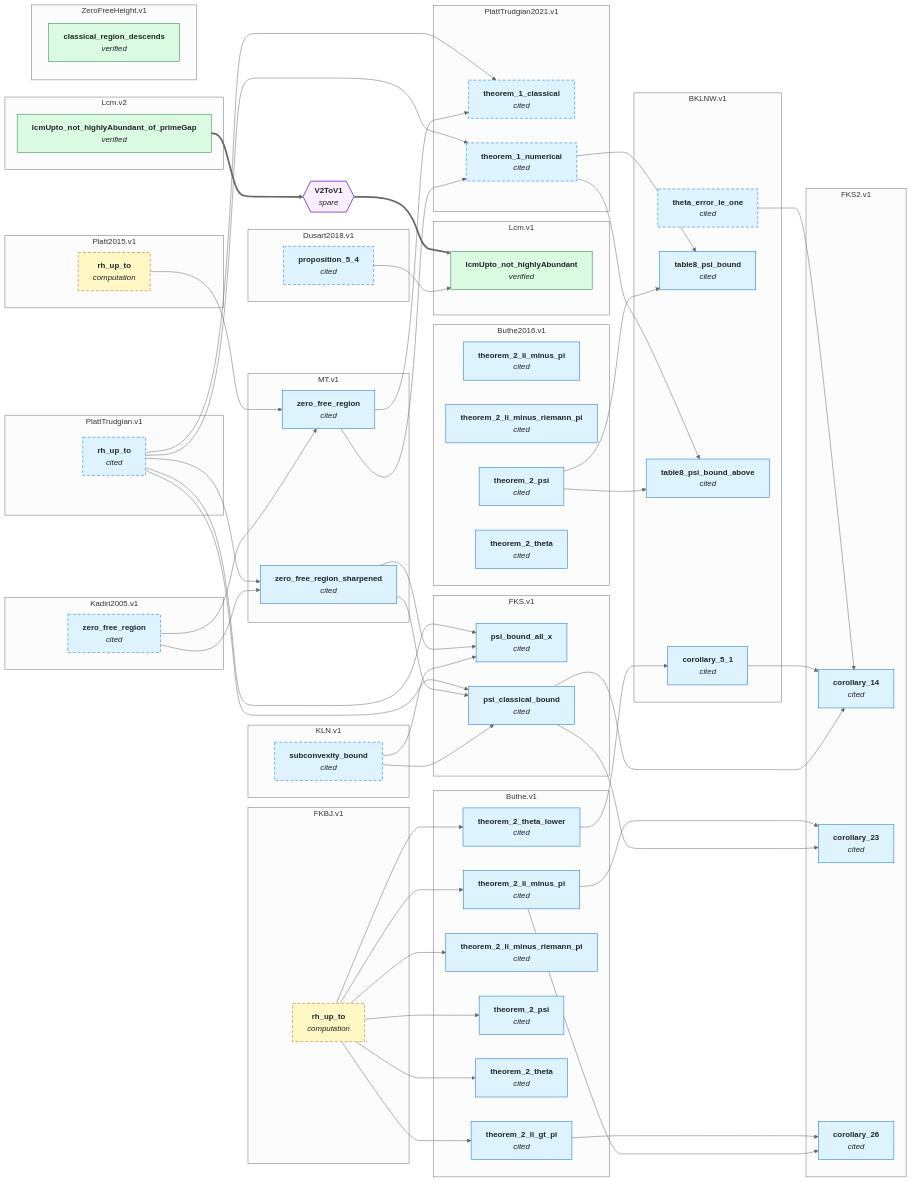
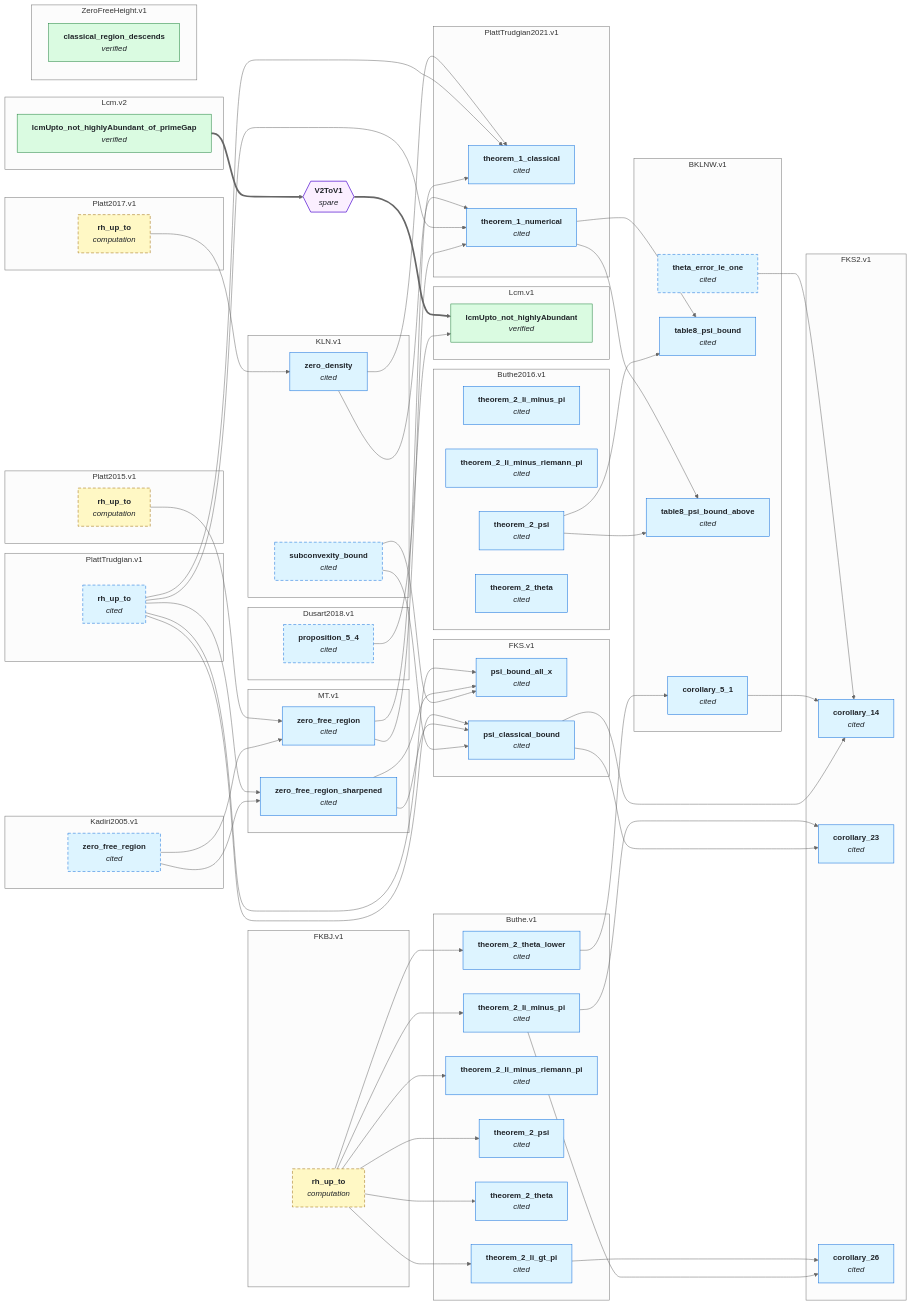
One commit to teorth/IEANTN changed the second of 2 diagrams in GRAPH.md. Above: the diagram before and after it, drawn with Mermaid (neutral theme). The commit also changed other lines of this file and 15 other files, not shown here.

First line of the commit message:
KLN: state the zero-density estimate, and give its height a first-hand node

```diff
--- a/GRAPH.md
+++ b/GRAPH.md
@@ -154,6 +158,7 @@
   end
   subgraph sgKLN_v1["KLN.v1"]
     KLN_v1_subconvexity_bound["<b>subconvexity_bound</b><br/><i>cited</i>"]
+    KLN_v1_zero_density["<b>zero_density</b><br/><i>cited</i>"]
   end
   subgraph sgKadiri2005_v1["Kadiri2005.v1"]
     Kadiri2005_v1_zero_free_region["<b>zero_free_region</b><br/><i>cited</i>"]
@@ -170,6 +175,9 @@
   end
   subgraph sgPlatt2015_v1["Platt2015.v1"]
     Platt2015_v1_rh_up_to["<b>rh_up_to</b><br/><i>computation</i>"]
+  end
+  subgraph sgPlatt2017_v1["Platt2017.v1"]
+    Platt2017_v1_rh_up_to["<b>rh_up_to</b><br/><i>computation</i>"]
   end
   subgraph sgPlattTrudgian_v1["PlattTrudgian.v1"]
     PlattTrudgian_v1_rh_up_to["<b>rh_up_to</b><br/><i>cited</i>"]
@@ -205,6 +213,7 @@
   Buthe_v1_theorem_2_li_minus_pi --> FKS2_v1_corollary_23
   Buthe_v1_theorem_2_li_minus_pi --> FKS2_v1_corollary_26
   Buthe_v1_theorem_2_li_gt_pi --> FKS2_v1_corollary_26
+  Platt2017_v1_rh_up_to --> KLN_v1_zero_density
   Dusart2018_v1_proposition_5_4 --> Lcm_v1_lcmUpto_not_highlyAbundant
   Kadiri2005_v1_zero_free_region --> MT_v1_zero_free_region
   Platt2015_v1_rh_up_to --> MT_v1_zero_free_region
@@ -212,8 +221,10 @@
   PlattTrudgian_v1_rh_up_to --> MT_v1_zero_free_region_sharpened
   MT_v1_zero_free_region --> PlattTrudgian2021_v1_theorem_1_classical
   PlattTrudgian_v1_rh_up_to --> PlattTrudgian2021_v1_theorem_1_classical
+  KLN_v1_zero_density --> PlattTrudgian2021_v1_theorem_1_classical
   MT_v1_zero_free_region --> PlattTrudgian2021_v1_theorem_1_numerical
   PlattTrudgian_v1_rh_up_to --> PlattTrudgian2021_v1_theorem_1_numerical
+  KLN_v1_zero_density --> PlattTrudgian2021_v1_theorem_1_numerical
   BRLcm_v1_lcmUpto_not_highlyAbundant__bridge_from_v2{{"<b>V2ToV1</b><br/><i>spare</i>"}}
   Lcm_v2_lcmUpto_not_highlyAbundant_of_primeGap ==> BRLcm_v1_lcmUpto_not_highlyAbundant__bridge_from_v2
   BRLcm_v1_lcmUpto_not_highlyAbundant__bridge_from_v2 ==> Lcm_v1_lcmUpto_not_highlyAbundant
@@ -223,9 +234,8 @@
   style KLN_v1_subconvexity_bound stroke-dasharray: 6 4;
   style Kadiri2005_v1_zero_free_region stroke-dasharray: 6 4;
   style Platt2015_v1_rh_up_to stroke-dasharray: 6 4;
+  style Platt2017_v1_rh_up_to stroke-dasharray: 6 4;
   style PlattTrudgian_v1_rh_up_to stroke-dasharray: 6 4;
-  style PlattTrudgian2021_v1_theorem_1_classical stroke-dasharray: 6 4;
-  style PlattTrudgian2021_v1_theorem_1_numerical stroke-dasharray: 6 4;
   classDef lean_comparator fill:#dafbe1,stroke:#1a7f37,color:#1f2328;
   classDef numerical fill:#fff8c5,stroke:#9a6700,color:#1f2328;
   classDef literature fill:#ddf4ff,stroke:#0969da,color:#1f2328;
@@ -235,8 +245,8 @@
   classDef bridge fill:#fbefff,stroke:#8250df,color:#1f2328,stroke-width:2px;
   class BRLcm_v1_lcmUpto_not_highlyAbundant__bridge_from_v2 bridge;
   class Lcm_v1_lcmUpto_not_highlyAbundant,Lcm_v2_lcmUpto_not_highlyAbundant_of_primeGap,ZeroFreeHeight_v1_classical_region_descends lean_comparator;
-  class BKLNW_v1_corollary_5_1,BKLNW_v1_table8_psi_bound,BKLNW_v1_table8_psi_bound_above,BKLNW_v1_theta_error_le_one,Buthe_v1_theorem_2_li_gt_pi,Buthe_v1_theorem_2_li_minus_pi,Buthe_v1_theorem_2_li_minus_riemann_pi,Buthe_v1_theorem_2_psi,Buthe_v1_theorem_2_theta,Buthe_v1_theorem_2_theta_lower,Buthe2016_v1_theorem_2_li_minus_pi,Buthe2016_v1_theorem_2_li_minus_riemann_pi,Buthe2016_v1_theorem_2_psi,Buthe2016_v1_theorem_2_theta,Dusart2018_v1_proposition_5_4,FKS_v1_psi_bound_all_x,FKS_v1_psi_classical_bound,FKS2_v1_corollary_14,FKS2_v1_corollary_23,FKS2_v1_corollary_26,KLN_v1_subconvexity_bound,Kadiri2005_v1_zero_free_region,MT_v1_zero_free_region,MT_v1_zero_free_region_sharpened,PlattTrudgian_v1_rh_up_to,PlattTrudgian2021_v1_theorem_1_classical,PlattTrudgian2021_v1_theorem_1_numerical literature;
-  class FKBJ_v1_rh_up_to,Platt2015_v1_rh_up_to numerical;
+  class BKLNW_v1_corollary_5_1,BKLNW_v1_table8_psi_bound,BKLNW_v1_table8_psi_bound_above,BKLNW_v1_theta_error_le_one,Buthe_v1_theorem_2_li_gt_pi,Buthe_v1_theorem_2_li_minus_pi,Buthe_v1_theorem_2_li_minus_riemann_pi,Buthe_v1_theorem_2_psi,Buthe_v1_theorem_2_theta,Buthe_v1_theorem_2_theta_lower,Buthe2016_v1_theorem_2_li_minus_pi,Buthe2016_v1_theorem_2_li_minus_riemann_pi,Buthe2016_v1_theorem_2_psi,Buthe2016_v1_theorem_2_theta,Dusart2018_v1_proposition_5_4,FKS_v1_psi_bound_all_x,FKS_v1_psi_classical_bound,FKS2_v1_corollary_14,FKS2_v1_corollary_23,FKS2_v1_corollary_26,KLN_v1_subconvexity_bound,KLN_v1_zero_density,Kadiri2005_v1_zero_free_region,MT_v1_zero_free_region,MT_v1_zero_free_region_sharpened,PlattTrudgian_v1_rh_up_to,PlattTrudgian2021_v1_theorem_1_classical,PlattTrudgian2021_v1_theorem_1_numerical literature;
+  class FKBJ_v1_rh_up_to,Platt2015_v1_rh_up_to,Platt2017_v1_rh_up_to numerical;
   click BKLNW_v1_corollary_5_1 href "https://github.com/teorth/IEANTN/blob/main/docs/nodes/BKLNW-v1.md#corollary_5_1" _blank
   click BKLNW_v1_table8_psi_bound href "https://github.com/teorth/IEANTN/blob/main/docs/nodes/BKLNW-v1.md#table8_psi_bound" _blank
   click BKLNW_v1_table8_psi_bound_above href "https://github.com/teorth/IEANTN/blob/main/docs/nodes/BKLNW-v1.md#table8_psi_bound_above" _blank
@@ -259,12 +269,14 @@
   click FKS2_v1_corollary_23 href "https://github.com/teorth/IEANTN/blob/main/docs/nodes/FKS2-v1.md#corollary_23" _blank
   click FKS2_v1_corollary_26 href "https://github.com/teorth/IEANTN/blob/main/docs/nodes/FKS2-v1.md#corollary_26" _blank
   click KLN_v1_subconvexity_bound href "https://github.com/teorth/IEANTN/blob/main/docs/nodes/KLN-v1.md#subconvexity_bound" _blank
+  click KLN_v1_zero_density href "https://github.com/teorth/IEANTN/blob/main/docs/nodes/KLN-v1.md#zero_density" _blank
   click Kadiri2005_v1_zero_free_region href "https://github.com/teorth/IEANTN/blob/main/docs/nodes/Kadiri2005-v1.md#zero_free_region" _blank
   click Lcm_v1_lcmUpto_not_highlyAbundant href "https://github.com/teorth/IEANTN/blob/main/docs/nodes/Lcm-v1.md#lcmUpto_not_highlyAbundant" _blank
   click Lcm_v2_lcmUpto_not_highlyAbundant_of_primeGap href "https://github.com/teorth/IEANTN/blob/main/docs/nodes/Lcm-v2.md#lcmUpto_not_highlyAbundant_of_primeGap" _blank
   click MT_v1_zero_free_region href "https://github.com/teorth/IEANTN/blob/main/docs/nodes/MT-v1.md#zero_free_region" _blank
   click MT_v1_zero_free_region_sharpened href "https://github.com/teorth/IEANTN/blob/main/docs/nodes/MT-v1.md#zero_free_region_sharpened" _blank
   click Platt2015_v1_rh_up_to href "https://github.com/teorth/IEANTN/blob/main/docs/nodes/Platt2015-v1.md#rh_up_to" _blank
+  click Platt2017_v1_rh_up_to href "https://github.com/teorth/IEANTN/blob/main/docs/nodes/Platt2017-v1.md#rh_up_to" _blank
   click PlattTrudgian_v1_rh_up_to href "https://github.com/teorth/IEANTN/blob/main/docs/nodes/PlattTrudgian-v1.md#rh_up_to" _blank
   click PlattTrudgian2021_v1_theorem_1_classical href "https://github.com/teorth/IEANTN/blob/main/docs/nodes/PlattTrudgian2021-v1.md#theorem_1_classical" _blank
   click PlattTrudgian2021_v1_theorem_1_numerical href "https://github.com/teorth/IEANTN/blob/main/docs/nodes/PlattTrudgian2021-v1.md#theorem_1_numerical" _blank
```
